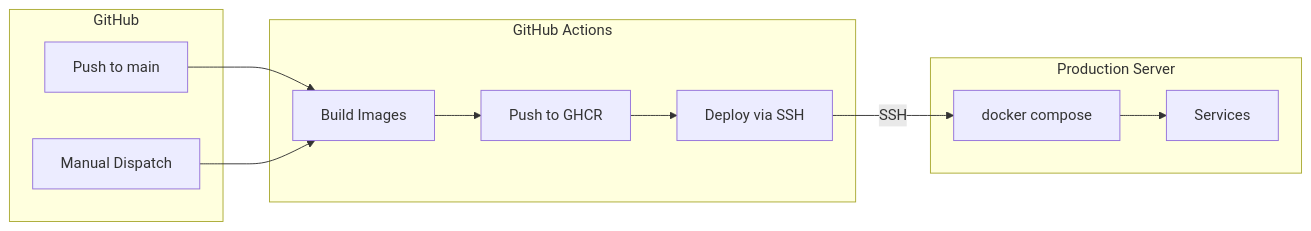
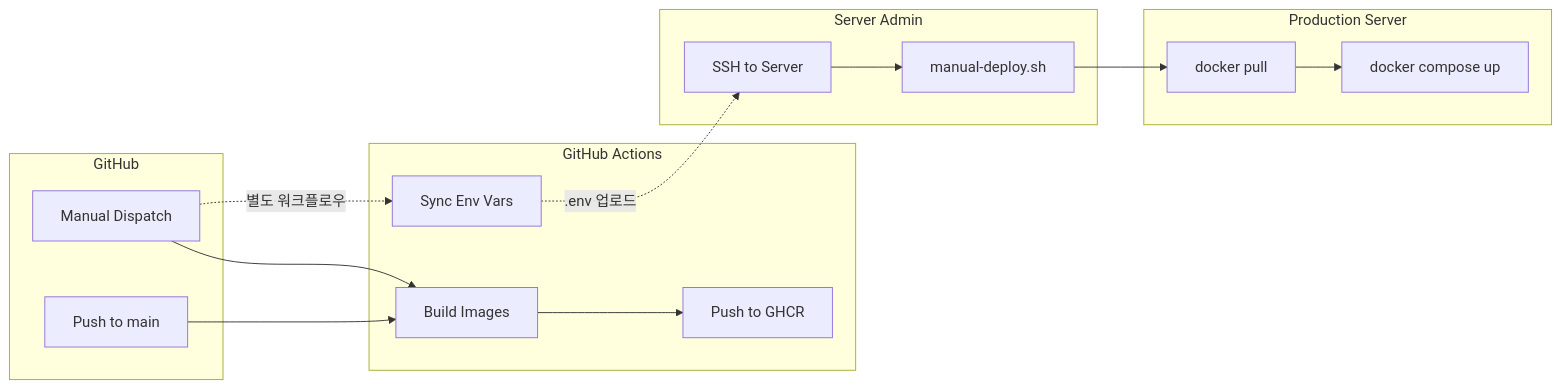
The diagram in backend/README-CICD.md (choisimo/blog), drawn with Mermaid before and after one commit. The commit also changed other lines of this file and 21 other files, not shown here.

````diff
--- a/backend/README-CICD.md
+++ b/backend/README-CICD.md
@@ -32,25 +43,34 @@
 ```mermaid
 flowchart LR
     subgraph "GitHub"
         PUSH[Push to main]
         DISPATCH[Manual Dispatch]
     end
 
     subgraph "GitHub Actions"
         BUILD[Build Images]
         PUSH_REG[Push to GHCR]
-        DEPLOY[Deploy via SSH]
+        SYNC_ENV[Sync Env Vars]
+    end
+
+    subgraph "Server Admin"
+        SSH[SSH to Server]
+        SCRIPT[manual-deploy.sh]
     end
 
     subgraph "Production Server"
-        COMPOSE[docker compose]
-        SERVICES[Services]
+        PULL[docker pull]
+        COMPOSE[docker compose up]
     end
 
     PUSH --> BUILD
     DISPATCH --> BUILD
     BUILD --> PUSH_REG
-    PUSH_REG --> DEPLOY
-    DEPLOY -->|SSH| COMPOSE
-    COMPOSE --> SERVICES
+    
+    DISPATCH -.->|별도 워크플로우| SYNC_ENV
+    SYNC_ENV -.->|.env 업로드| SSH
+    
+    SSH --> SCRIPT
+    SCRIPT --> PULL
+    PULL --> COMPOSE
 ```
````
